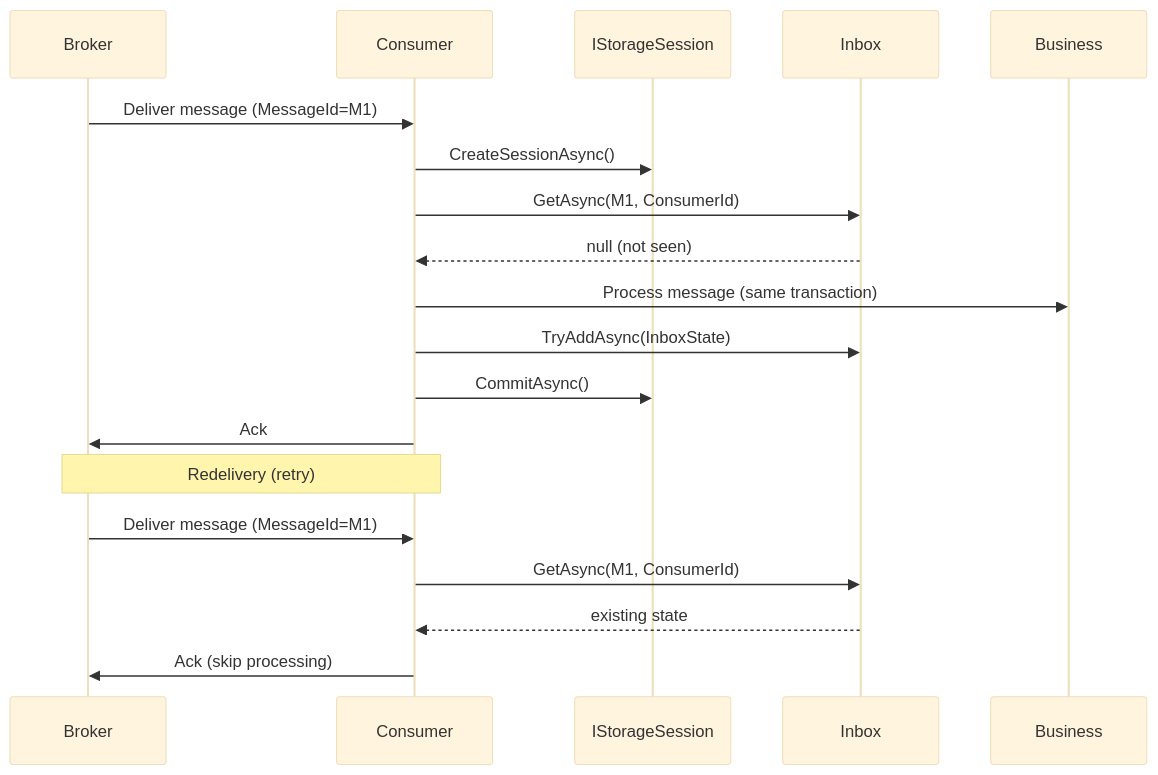
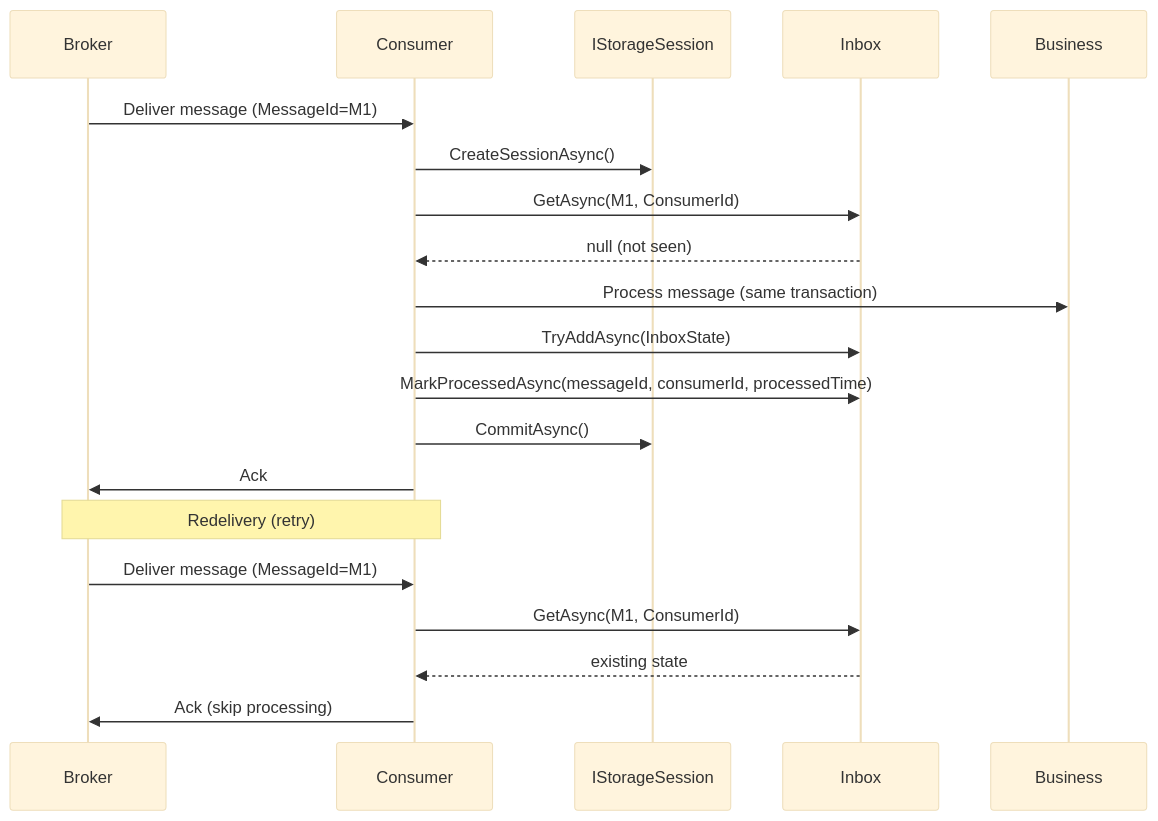
One commit to Ahmed-Shehzad/Dialysis changed the diagram in docs/INBOX-PATTERN.md. Above: the diagram before and after it, drawn with Mermaid (base theme). The commit also changed other lines of this file and 2 other files, not shown here.

Commit message:
Enhance inbox processing by marking messages as processed
- Added `MarkProcessedAsync` call in `ThresholdBreachDetectedReceiveHandler` to ensure messages are marked as processed after handling.
- Updated documentation in `AZURE-SERVICE-BUS.md` and `INBOX-PATTERN.md` to reflect the new processing step, improving clarity on message lifecycle management.

````diff
--- a/docs/INBOX-PATTERN.md
+++ b/docs/INBOX-PATTERN.md
@@ -42,22 +42,23 @@
 ```mermaid
 sequenceDiagram
     participant Broker
     participant Consumer
     participant IStorageSession
     participant Inbox
 
     Broker->>Consumer: Deliver message (MessageId=M1)
     Consumer->>IStorageSession: CreateSessionAsync()
     Consumer->>Inbox: GetAsync(M1, ConsumerId)
     Inbox-->>Consumer: null (not seen)
     Consumer->>Business: Process message (same transaction)
     Consumer->>Inbox: TryAddAsync(InboxState)
+    Consumer->>Inbox: MarkProcessedAsync(messageId, consumerId, processedTime)
     Consumer->>IStorageSession: CommitAsync()
     Consumer->>Broker: Ack
 
     Note over Broker,Consumer: Redelivery (retry)
     Broker->>Consumer: Deliver message (MessageId=M1)
     Consumer->>Inbox: GetAsync(M1, ConsumerId)
     Inbox-->>Consumer: existing state
     Consumer->>Broker: Ack (skip processing)
 ```
````
